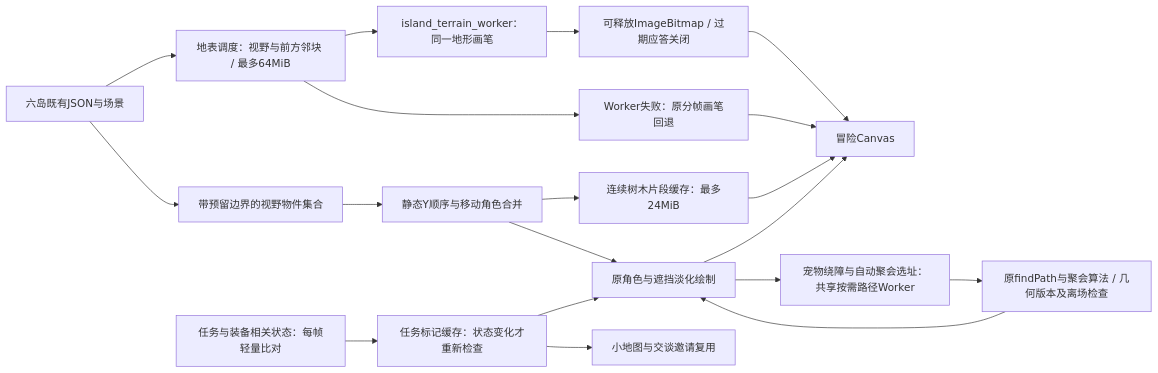
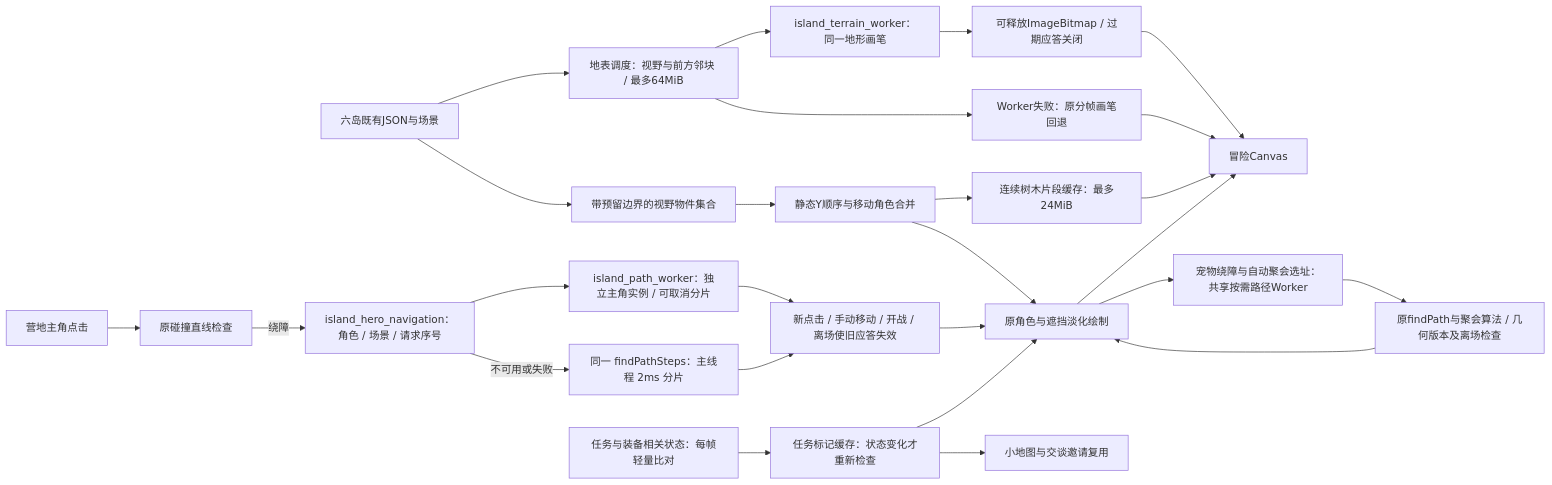
The second of 28 diagrams in HaqiCombatSim/docs/architecture.md (LiXizhi/HaqiWebTools), drawn with Mermaid before and after one commit. The commit also changed other lines of this file and 47 other files, not shown here.

````diff
--- a/HaqiCombatSim/docs/architecture.md
+++ b/HaqiCombatSim/docs/architecture.md
@@ -42,21 +42,28 @@
 ```mermaid
 flowchart LR
     Island[六岛既有JSON与场景] --> ViewSet[带预留边界的视野物件集合]
     ViewSet --> Order[静态Y顺序与移动角色合并]
     Order --> Trees[连续树木片段缓存：最多24MiB]
     Order --> Actors[原角色与遮挡淡化绘制]
     Island --> Tiles[地表调度：视野与前方邻块 / 最多64MiB]
     Tiles --> Worker[island_terrain_worker：同一地形画笔]
     Worker --> Bitmap[可释放ImageBitmap / 过期应答关闭]
     Tiles --> Fallback[Worker失败：原分帧画笔回退]
     Bitmap --> Canvas[冒险Canvas]
     Fallback --> Canvas
     Trees --> Canvas
     Actors --> Canvas
     Actors --> PetPaths[宠物绕障与自动聚会选址：共享按需路径Worker]
     PetPaths --> OriginalPath[原findPath与聚会算法 / 几何版本及离场检查]
     OriginalPath --> Actors
+    Click[营地主角点击] --> Direct[原碰撞直线检查]
+    Direct -->|绕障| HeroNav[island_hero_navigation：角色 / 场景 / 请求序号]
+    HeroNav --> HeroWorker[island_path_worker：独立主角实例 / 可取消分片]
+    HeroNav -->|不可用或失败| HeroFallback[同一 findPathSteps：主线程 2ms 分片]
+    HeroWorker --> Valid[新点击 / 手动移动 / 开战 / 离场使旧应答失效]
+    HeroFallback --> Valid
+    Valid --> Actors
     QuestInputs[任务与装备相关状态：每帧轻量比对] --> MarkerCache[任务标记缓存：状态变化才重新检查]
     MarkerCache --> Actors
     MarkerCache --> Minimap[小地图与交谈邀请复用]
 ```
````
